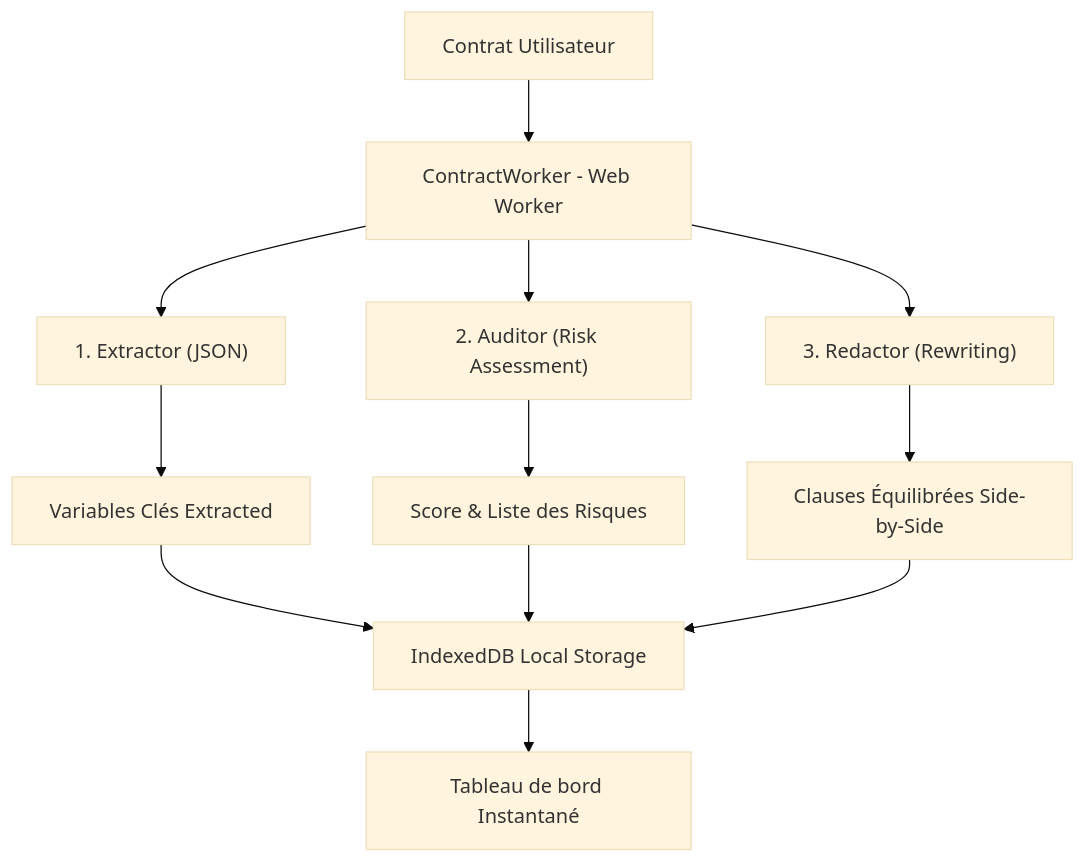
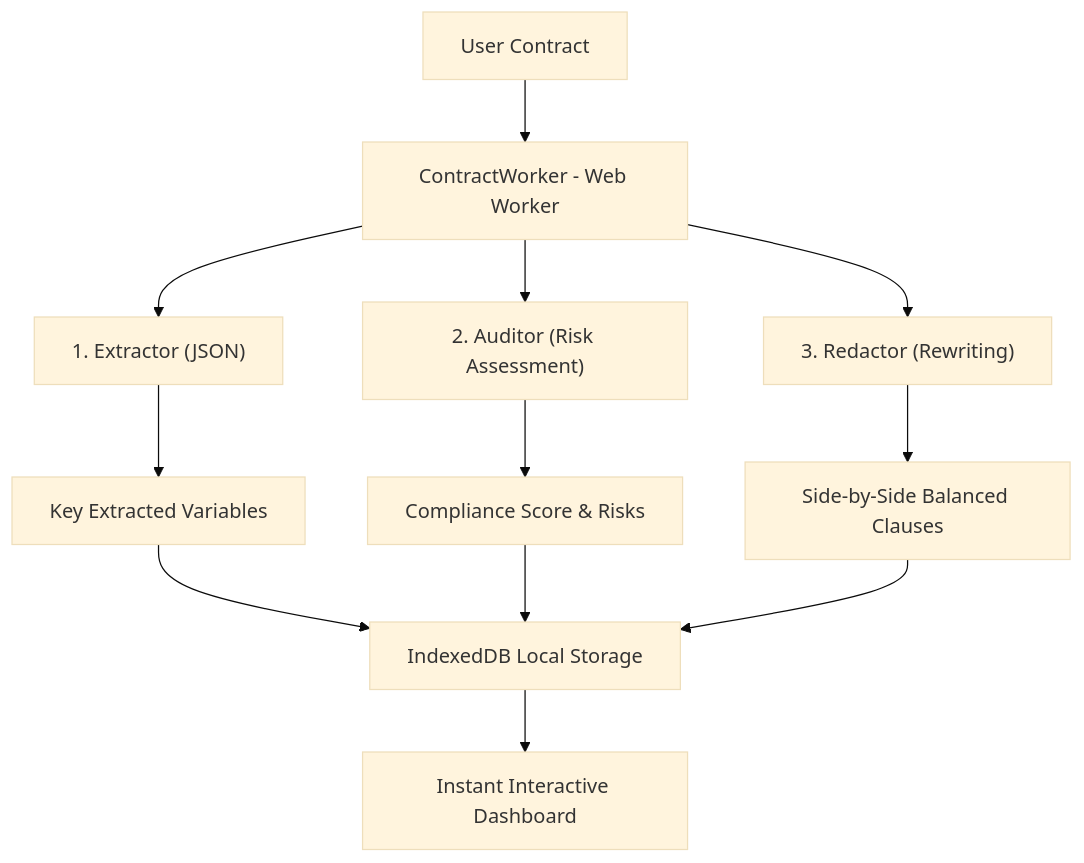
Before and after one commit to Codorah/pactum-ai: the diagram in README.md, drawn with Mermaid (base theme). The commit also changed other lines of this file, not shown here.

````diff
--- a/README.md
+++ b/README.md
@@ -32,12 +30,12 @@
 ```mermaid
 graph TD
-    A[Contrat Utilisateur] --> B[ContractWorker - Web Worker]
+    A[User Contract] --> B[ContractWorker - Web Worker]
     B --> C["1. Extractor (JSON)"]
     B --> D["2. Auditor (Risk Assessment)"]
     B --> E["3. Redactor (Rewriting)"]
-    C --> F[Variables Clés Extracted]
-    D --> G[Score & Liste des Risques]
-    E --> H[Clauses Équilibrées Side-by-Side]
+    C --> F[Key Extracted Variables]
+    D --> G[Compliance Score & Risks]
+    E --> H[Side-by-Side Balanced Clauses]
     F & G & H --> I[IndexedDB Local Storage]
-    I --> J[Tableau de bord Instantané]
+    I --> J[Instant Interactive Dashboard]
 ```
````
